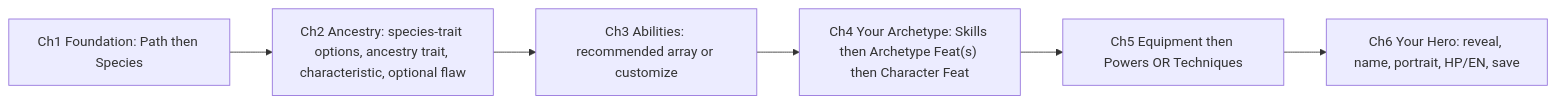
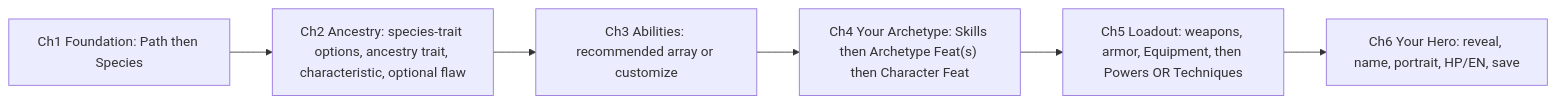
One commit to MastersoftheRealm/RealmsRPG-Test changed the third of 7 diagrams in src/docs/REALMS_PRODUCT_OVERVIEW.md. Above: the diagram before and after it, drawn with Mermaid. The commit also changed other lines of this file and 166 other files, not shown here.

````diff
--- a/src/docs/REALMS_PRODUCT_OVERVIEW.md
+++ b/src/docs/REALMS_PRODUCT_OVERVIEW.md
@@ -290,10 +292,10 @@
 ```mermaid
 flowchart LR
   G1["Ch1 Foundation: Path then Species"]
   G2["Ch2 Ancestry: species-trait options, ancestry trait, characteristic, optional flaw"]
   G3["Ch3 Abilities: recommended array or customize"]
   G4["Ch4 Your Archetype: Skills then Archetype Feat(s) then Character Feat"]
-  G5["Ch5 Equipment then Powers OR Techniques"]
+  G5["Ch5 Loadout: weapons, armor, Equipment, then Powers OR Techniques"]
   G6["Ch6 Your Hero: reveal, name, portrait, HP/EN, save"]
   G1 --> G2 --> G3 --> G4 --> G5 --> G6
 ```
````
